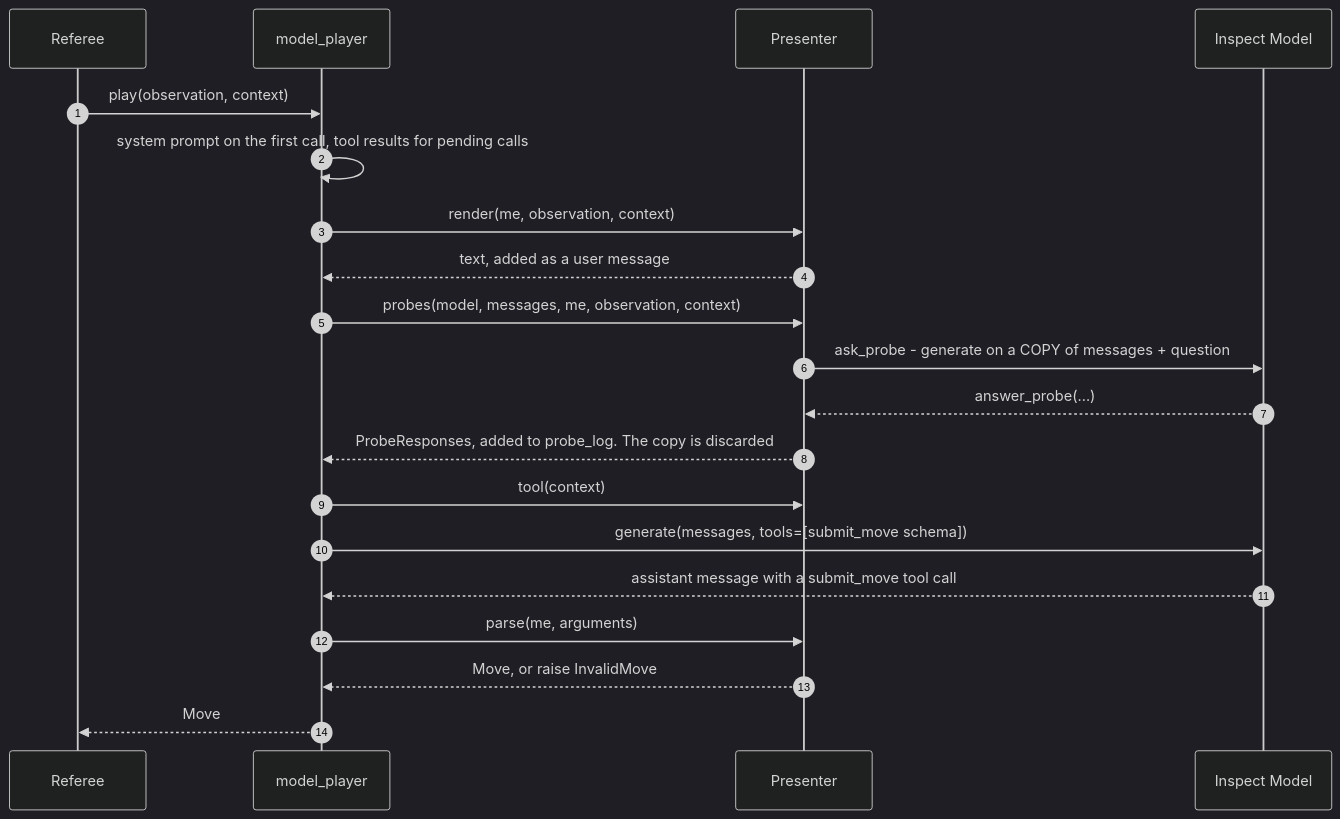
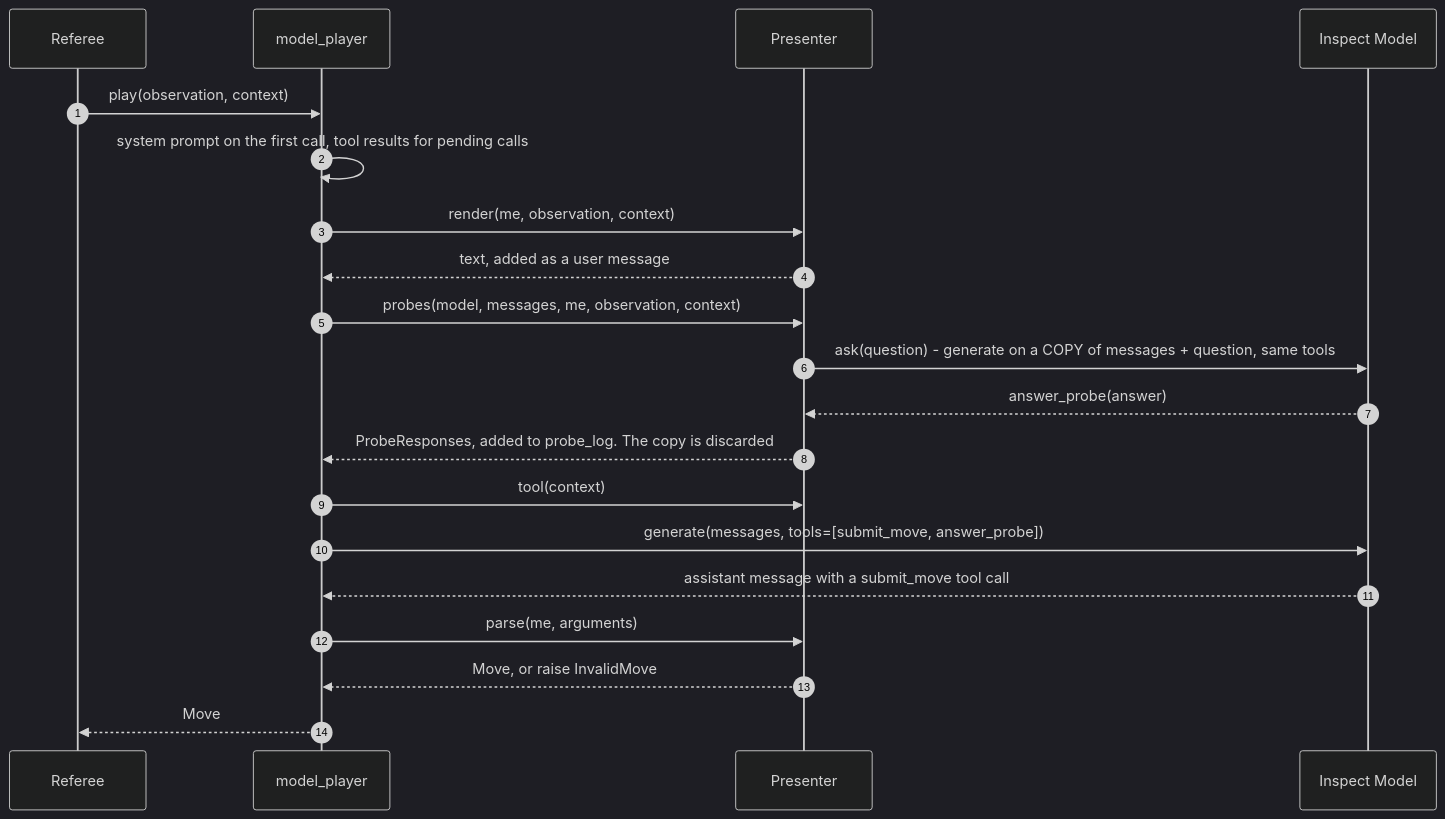
One commit to CarlosGIbanez/SPAR-Harness-Strategic-Interaction-Agents changed diagram 11 of 14 in docs/architecture.md. Above: the diagram before and after it, drawn with Mermaid (dark theme). The commit also changed other lines of this file and 5 other files, not shown here.

````diff
--- a/docs/architecture.md
+++ b/docs/architecture.md
@@ -453,22 +453,22 @@
 ```mermaid
 sequenceDiagram
     autonumber
     participant R as Referee
     participant MP as model_player
     participant PR as Presenter
     participant M as Inspect Model
     R->>MP: play(observation, context)
     MP->>MP: system prompt on the first call, tool results for pending calls
     MP->>PR: render(me, observation, context)
     PR-->>MP: text, added as a user message
     MP->>PR: probes(model, messages, me, observation, context)
-    PR->>M: ask_probe - generate on a COPY of messages + question
-    M-->>PR: answer_probe(...)
+    PR->>M: ask(question) - generate on a COPY of messages + question, same tools
+    M-->>PR: answer_probe(answer)
     PR-->>MP: ProbeResponses, added to probe_log. The copy is discarded
     MP->>PR: tool(context)
-    MP->>M: generate(messages, tools=[submit_move schema])
+    MP->>M: generate(messages, tools=[submit_move, answer_probe])
     M-->>MP: assistant message with a submit_move tool call
     MP->>PR: parse(me, arguments)
     PR-->>MP: Move, or raise InvalidMove
     MP-->>R: Move
 ```
````
